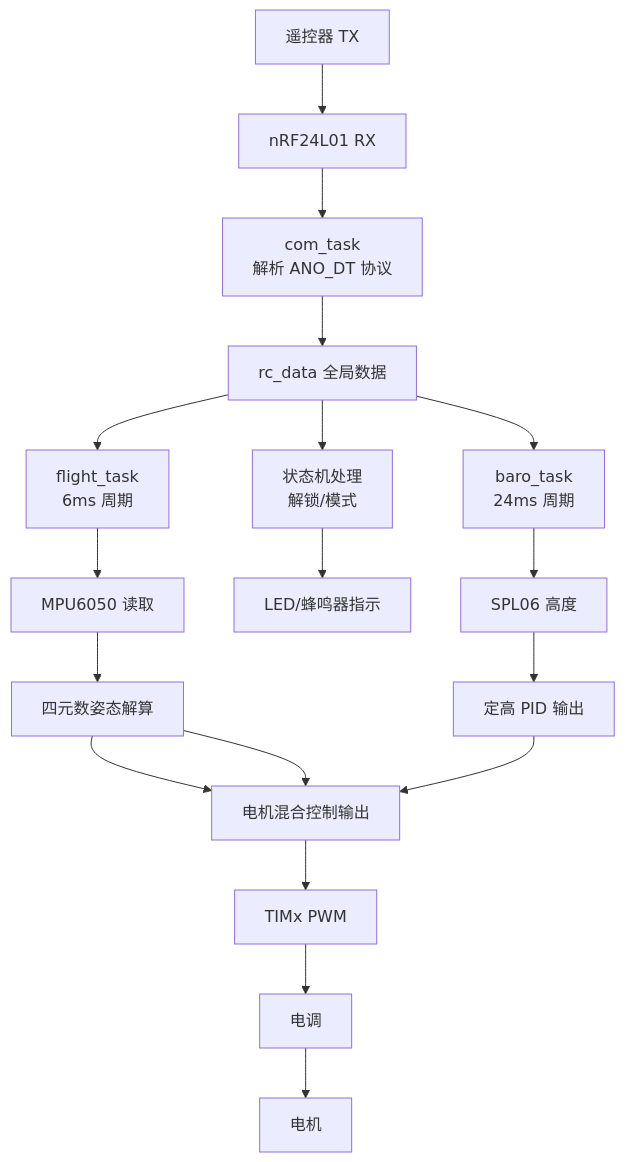
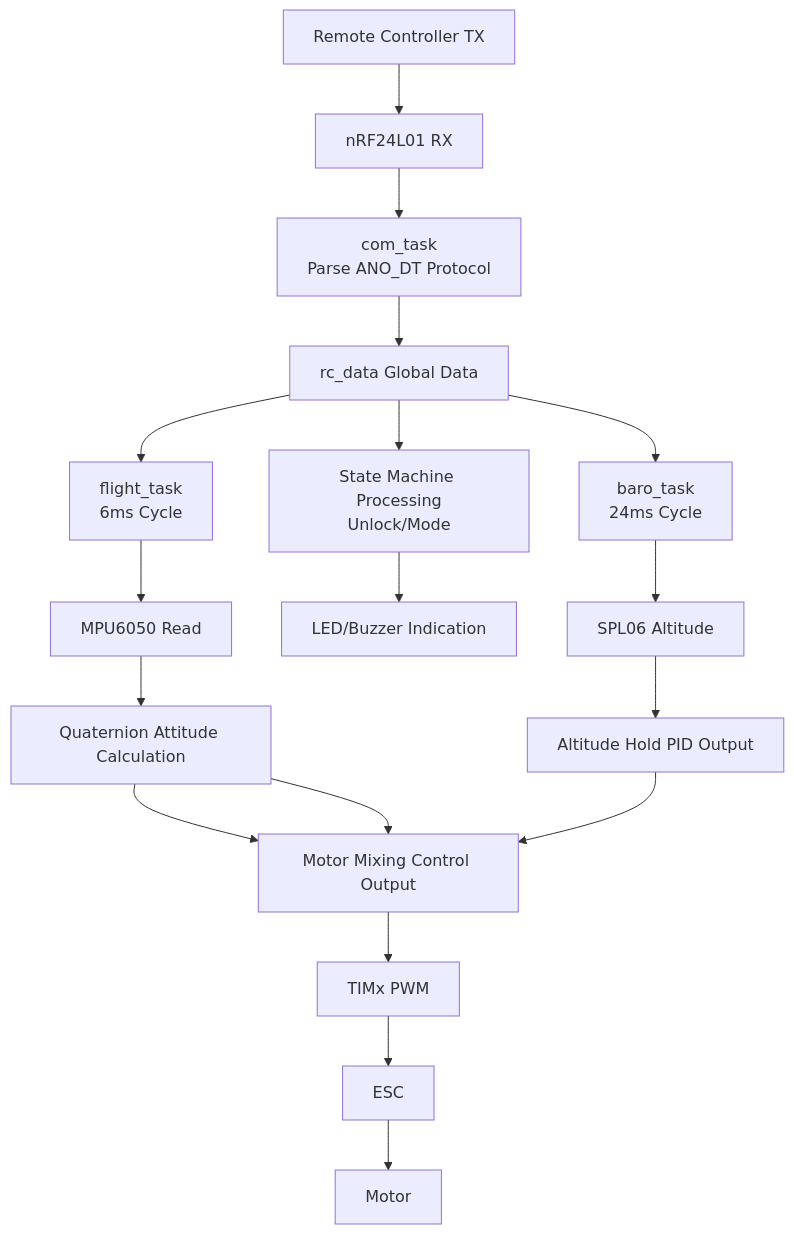
The second of 5 diagrams in README.md (xiaomiao321/Drone), drawn with Mermaid before and after one commit. The commit also changed other lines of this file and 310 other files, not shown here.

````diff
--- a/README.md
+++ b/README.md
@@ -202,29 +219,29 @@
 ```mermaid
 flowchart TD
-    RC["遥控器 TX"] --> NRF["nRF24L01 RX"]
+    RC["Remote Controller TX"] --> NRF["nRF24L01 RX"]
     NRF --> COM["com_task
-解析 ANO_DT 协议"]
-    COM --> RCDATA["rc_data 全局数据"]
-    
+Parse ANO_DT Protocol"]
+    COM --> RCDATA["rc_data Global Data"]
+
     RCDATA --> FT["flight_task
-6ms 周期"]
-    RCDATA --> SM["状态机处理
-解锁/模式"]
+6ms Cycle"]
+    RCDATA --> SM["State Machine Processing
+Unlock/Mode"]
     RCDATA --> BT["baro_task
-24ms 周期"]
-    
-    FT --> MPU["MPU6050 读取"]
-    MPU --> QUAT["四元数姿态解算"]
-    QUAT --> MIX["电机混合控制输出"]
-    
-    SM --> LED["LED/蜂鸣器指示"]
-    
-    BT --> SPL["SPL06 高度"]
-    SPL --> HPID["定高 PID 输出"]
-    
+24ms Cycle"]
+
+    FT --> MPU["MPU6050 Read"]
+    MPU --> QUAT["Quaternion Attitude Calculation"]
+    QUAT --> MIX["Motor Mixing Control Output"]
+
+    SM --> LED["LED/Buzzer Indication"]
+
+    BT --> SPL["SPL06 Altitude"]
+    SPL --> HPID["Altitude Hold PID Output"]
+
     QUAT --> MIX
     HPID --> MIX
     MIX --> PWM["TIMx PWM"]
-    PWM --> ESC["电调"]
-    ESC --> MOTOR["电机"]
+    PWM --> ESC["ESC"]
+    ESC --> MOTOR["Motor"]
 ```
````
